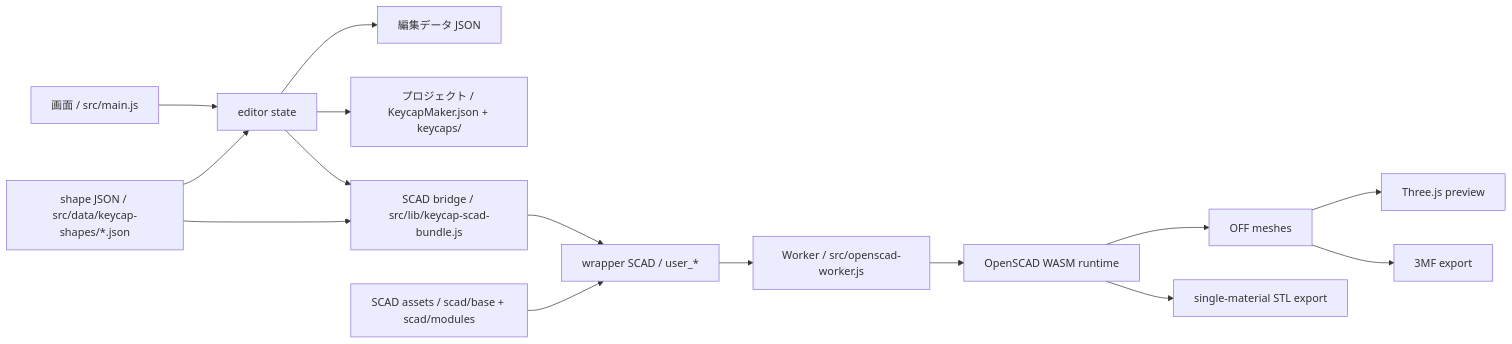
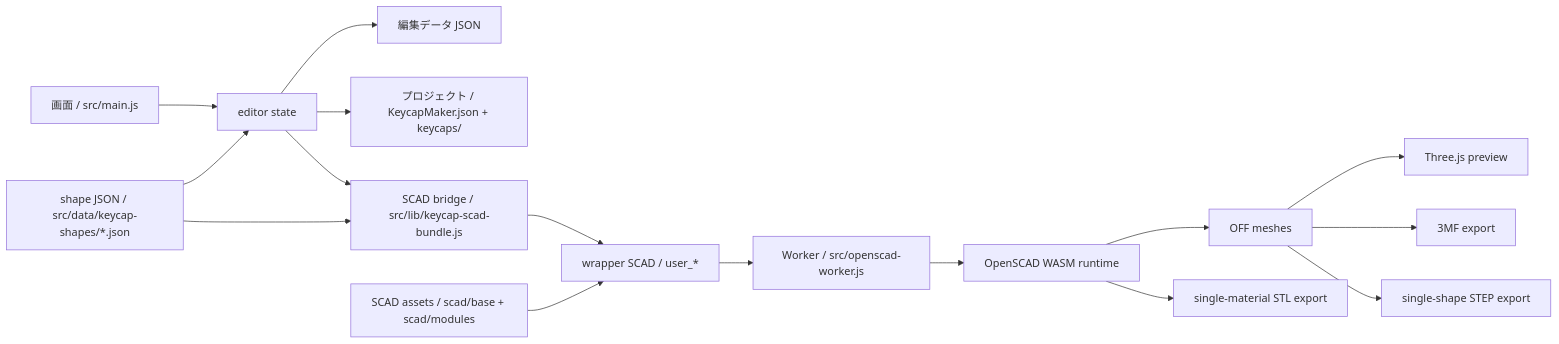
The diagram in docs/architecture/overview.md (Masashi-desu/KeycapMaker), drawn with Mermaid before and after one commit. The commit also changed other lines of this file and 15 other files, not shown here.

Commit message:
Add STEP export option

````diff
--- a/docs/architecture/overview.md
+++ b/docs/architecture/overview.md
@@ -84,17 +87,18 @@
 ```mermaid
 flowchart LR
   screen["画面 / src/main.js"] --> state["editor state"]
   shapeJson["shape JSON / src/data/keycap-shapes/*.json"] --> state
   state --> editorJson["編集データ JSON"]
   state --> projectJson["プロジェクト / KeycapMaker.json + keycaps/"]
   state --> bridge["SCAD bridge / src/lib/keycap-scad-bundle.js"]
   shapeJson --> bridge
   bridge --> wrapper["wrapper SCAD / user_*"]
   scadAssets["SCAD assets / scad/base + scad/modules"] --> wrapper
   wrapper --> worker["Worker / src/openscad-worker.js"]
   worker --> wasm["OpenSCAD WASM runtime"]
   wasm --> off["OFF meshes"]
   off --> preview["Three.js preview"]
   off --> export3mf["3MF export"]
+  off --> exportStep["single-shape STEP export"]
   wasm --> exportStl["single-material STL export"]
 ```
````
